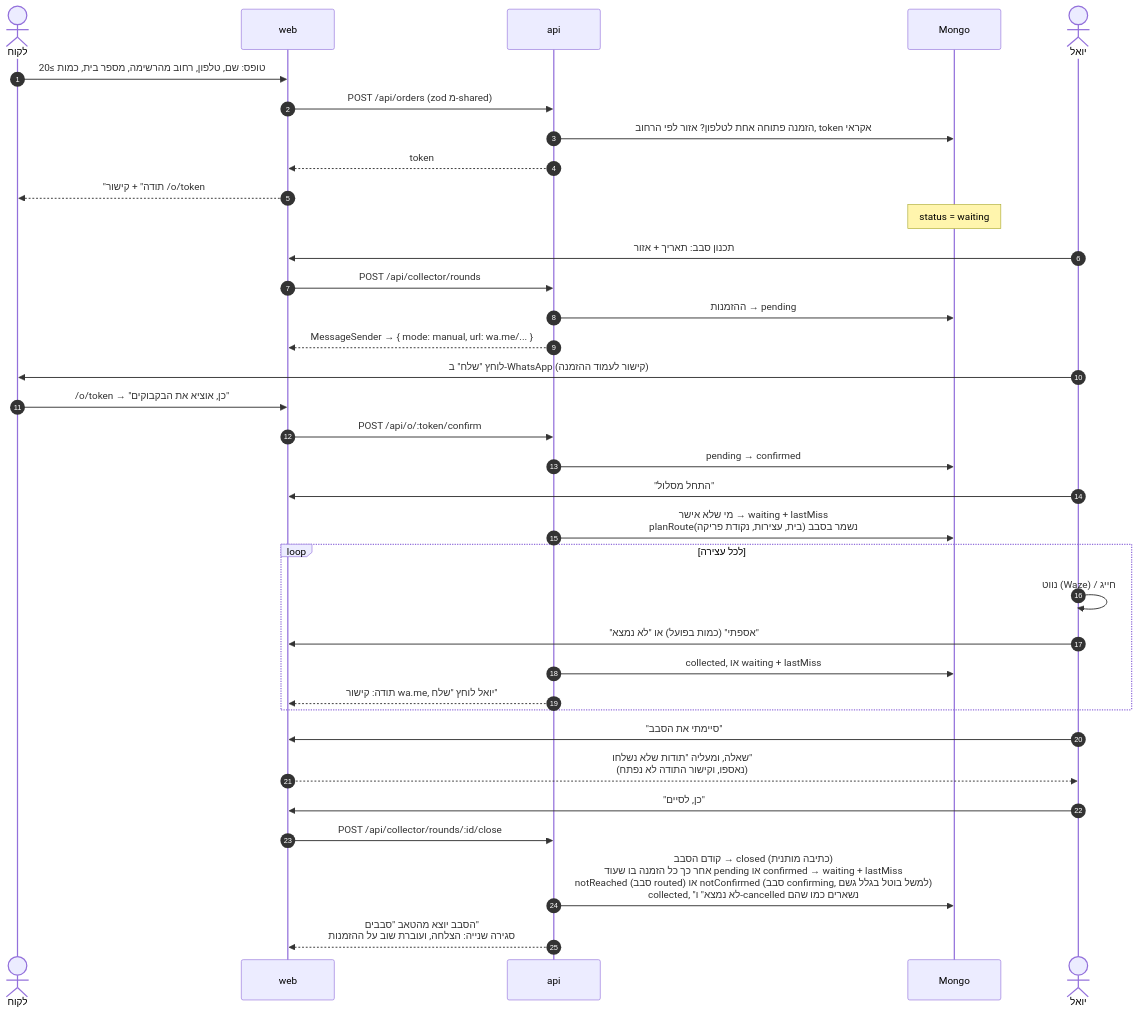
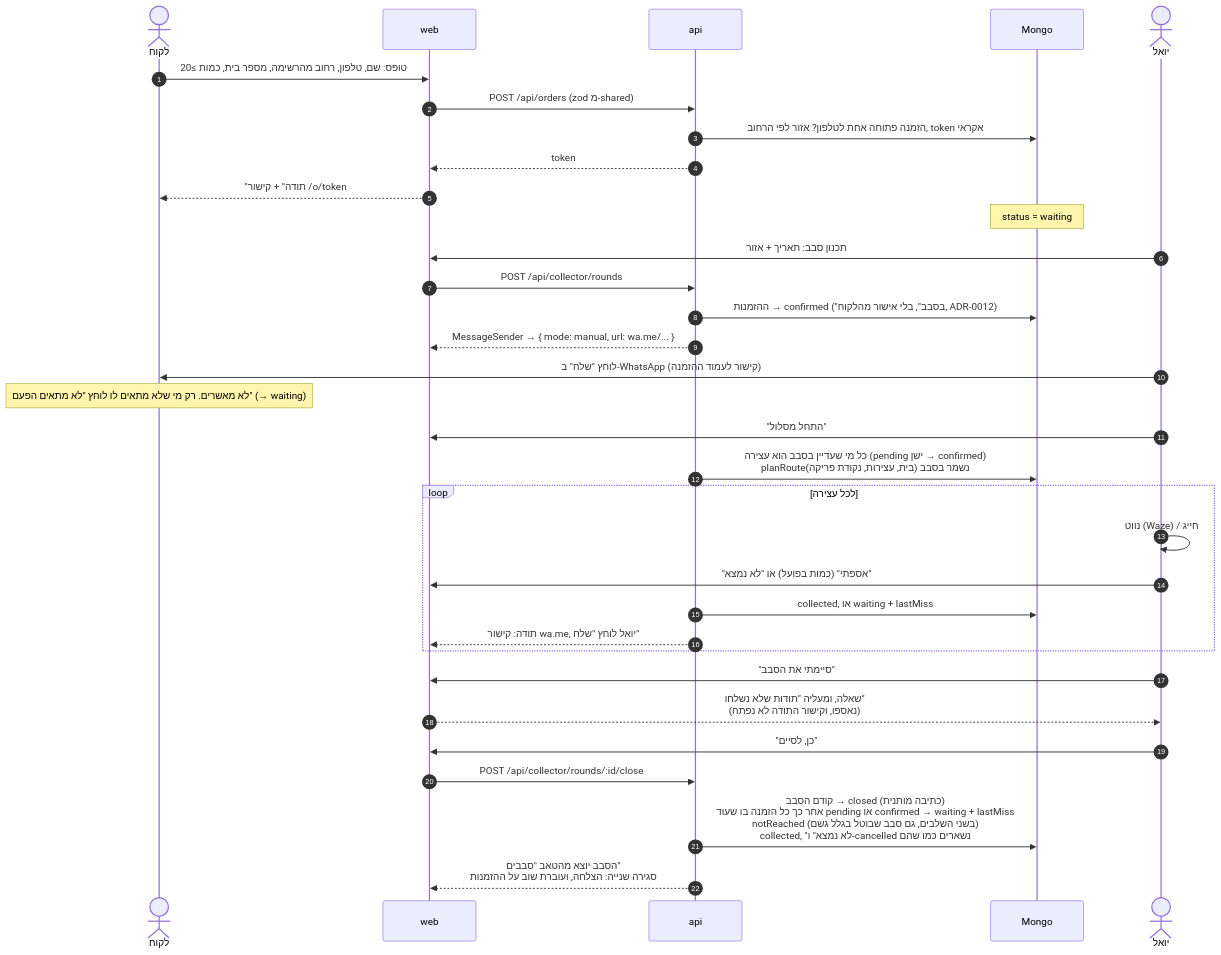
Before and after one commit to uriel-s/Latet-od: the second of 3 diagrams in ARCHITECTURE.md, drawn with Mermaid. The commit also changed other lines of this file and 60 other files, not shown here.

````diff
--- a/ARCHITECTURE.md
+++ b/ARCHITECTURE.md
@@ -61,41 +61,38 @@
 ```mermaid
 sequenceDiagram
     autonumber
     actor L as לקוח
     participant W as web
     participant A as api
     participant D as Mongo
     actor Y as יואל
 
     L->>W: טופס: שם, טלפון, רחוב מהרשימה, מספר בית, כמות ≥20
     W->>A: POST /api/orders (zod מ-shared)
     A->>D: הזמנה פתוחה אחת לטלפון? אזור לפי הרחוב, token אקראי
     A-->>W: token
     W-->>L: "תודה" + קישור /o/token
     Note over D: status = waiting
 
     Y->>W: תכנון סבב: תאריך + אזור
     W->>A: POST /api/collector/rounds
-    A->>D: ההזמנות → pending
+    A->>D: ההזמנות → confirmed ("בסבב", בלי אישור מהלקוח, ADR-0012)
     A-->>W: MessageSender → { mode: manual, url: wa.me/... }
     Y->>L: לוחץ "שלח" ב-WhatsApp (קישור לעמוד ההזמנה)
-
-    L->>W: /o/token → "כן, אוציא את הבקבוקים"
-    W->>A: POST /api/o/:token/confirm
-    A->>D: pending → confirmed
+    Note over L: לא מאשרים. רק מי שלא מתאים לו לוחץ "לא מתאים הפעם" (→ waiting)
 
     Y->>W: "התחל מסלול"
-    A->>D: מי שלא אישר → waiting + lastMiss<br/>planRoute(בית, עצירות, נקודת פריקה) נשמר בסבב
+    A->>D: כל מי שעדיין בסבב הוא עצירה (pending ישן → confirmed)<br/>planRoute(בית, עצירות, נקודת פריקה) נשמר בסבב
     loop לכל עצירה
         Y->>Y: נווט (Waze) / חייג
         Y->>W: "אספתי" (כמות בפועל) או "לא נמצא"
         A->>D: collected, או waiting + lastMiss
         A-->>W: תודה: קישור wa.me, יואל לוחץ "שלח"
     end
     Y->>W: "סיימתי את הסבב"
     W-->>Y: שאלה, ומעליה "תודות שלא נשלחו"<br/>(נאספו, וקישור התודה לא נפתח)
     Y->>W: "כן, לסיים"
     W->>A: POST /api/collector/rounds/:id/close
-    A->>D: קודם הסבב → closed (כתיבה מותנית)<br/>אחר כך כל הזמנה בו שעוד pending או confirmed → waiting + lastMiss<br/>notReached (סבב routed) או notConfirmed (סבב confirming, למשל בוטל בגלל גשם)<br/>collected, "לא נמצא" ו-cancelled נשארים כמו שהם
+    A->>D: קודם הסבב → closed (כתיבה מותנית)<br/>אחר כך כל הזמנה בו שעוד pending או confirmed → waiting + lastMiss<br/>notReached (בשני השלבים, גם סבב שבוטל בגלל גשם)<br/>collected, "לא נמצא" ו-cancelled נשארים כמו שהם
     A-->>W: הסבב יוצא מהטאב "סבבים"<br/>סגירה שנייה: הצלחה, ועוברת שוב על ההזמנות
 ```
````
